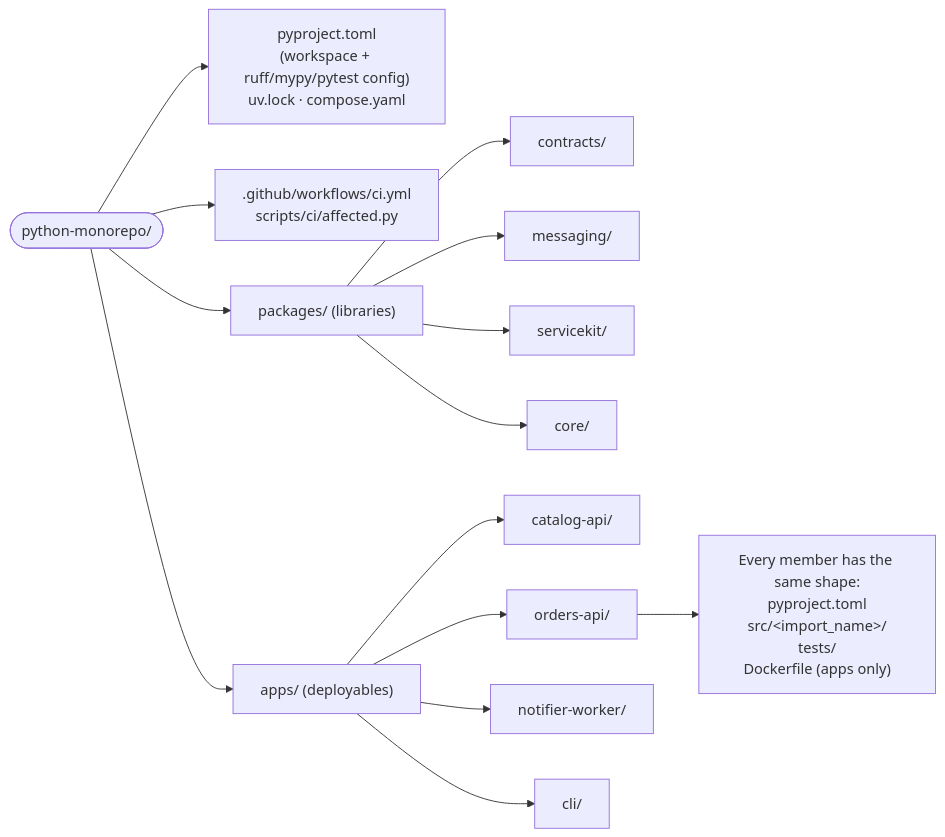
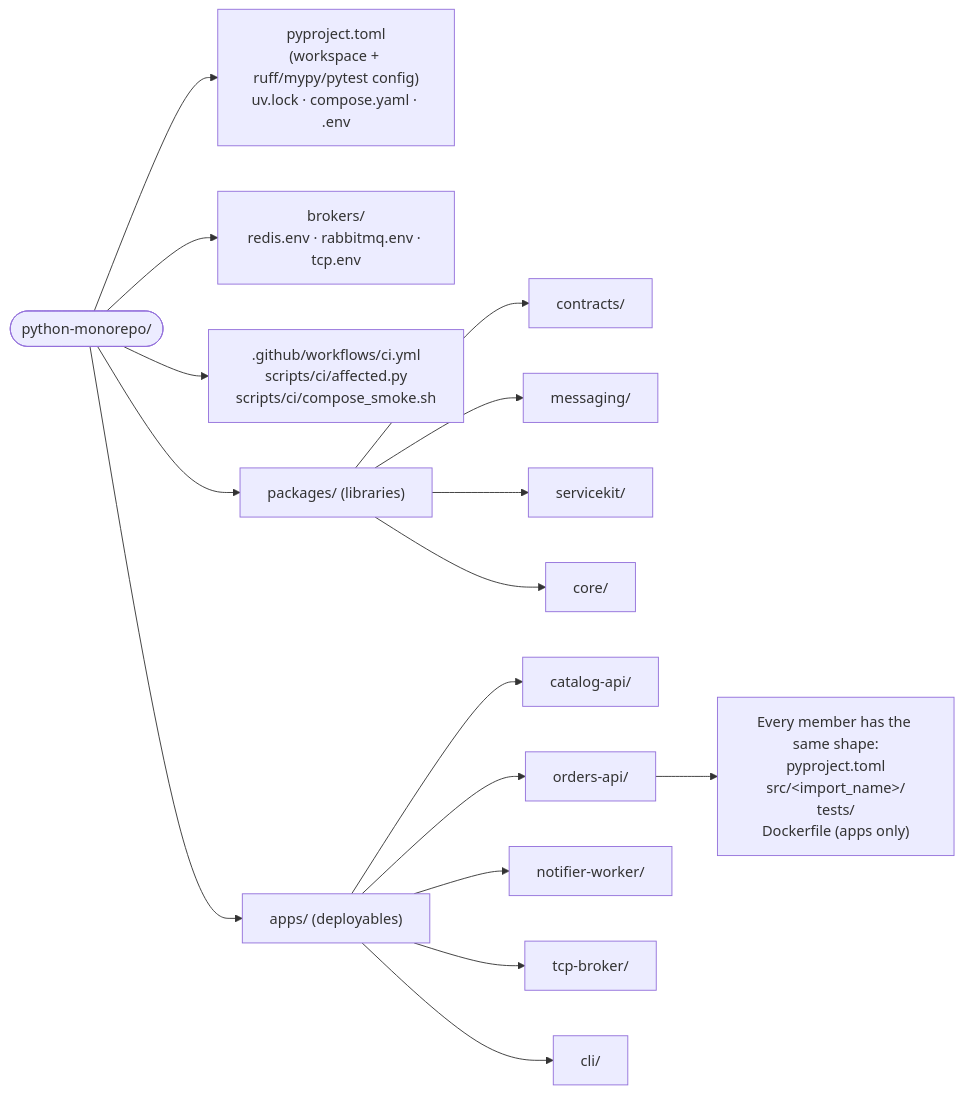
One commit to sovikroy/python-monorepo changed the first of 10 diagrams in ARCHITECTURE.md. Above: the diagram before and after it, drawn with Mermaid. The commit also changed other lines of this file and 40 other files, not shown here.

First line of the commit message:
Make the messaging transport pluggable (Redis, RabbitMQ, TCP, in-memory)

````diff
--- a/ARCHITECTURE.md
+++ b/ARCHITECTURE.md
@@ -36,21 +40,23 @@
 ```mermaid
 flowchart LR
     root(["python-monorepo/"])
 
-    root --> rootfiles["pyproject.toml<br/>(workspace + ruff/mypy/pytest config)<br/>uv.lock · compose.yaml"]
-    root --> ci[".github/workflows/ci.yml<br/>scripts/ci/affected.py"]
+    root --> rootfiles["pyproject.toml<br/>(workspace + ruff/mypy/pytest config)<br/>uv.lock · compose.yaml · .env"]
+    root --> brokers["brokers/<br/>redis.env · rabbitmq.env · tcp.env"]
+    root --> ci[".github/workflows/ci.yml<br/>scripts/ci/affected.py<br/>scripts/ci/compose_smoke.sh"]
     root --> pkgs["packages/ (libraries)"]
     root --> apps["apps/ (deployables)"]
 
     pkgs --> contracts["contracts/"]
     pkgs --> messaging["messaging/"]
     pkgs --> servicekit["servicekit/"]
     pkgs --> core["core/"]
 
     apps --> catalog["catalog-api/"]
     apps --> orders["orders-api/"]
     apps --> notifier["notifier-worker/"]
+    apps --> tcpb["tcp-broker/"]
     apps --> cli["cli/"]
 
     orders --> member["Every member has the same shape:<br/>pyproject.toml<br/>src/&lt;import_name&gt;/<br/>tests/<br/>Dockerfile (apps only)"]
 ```
````
